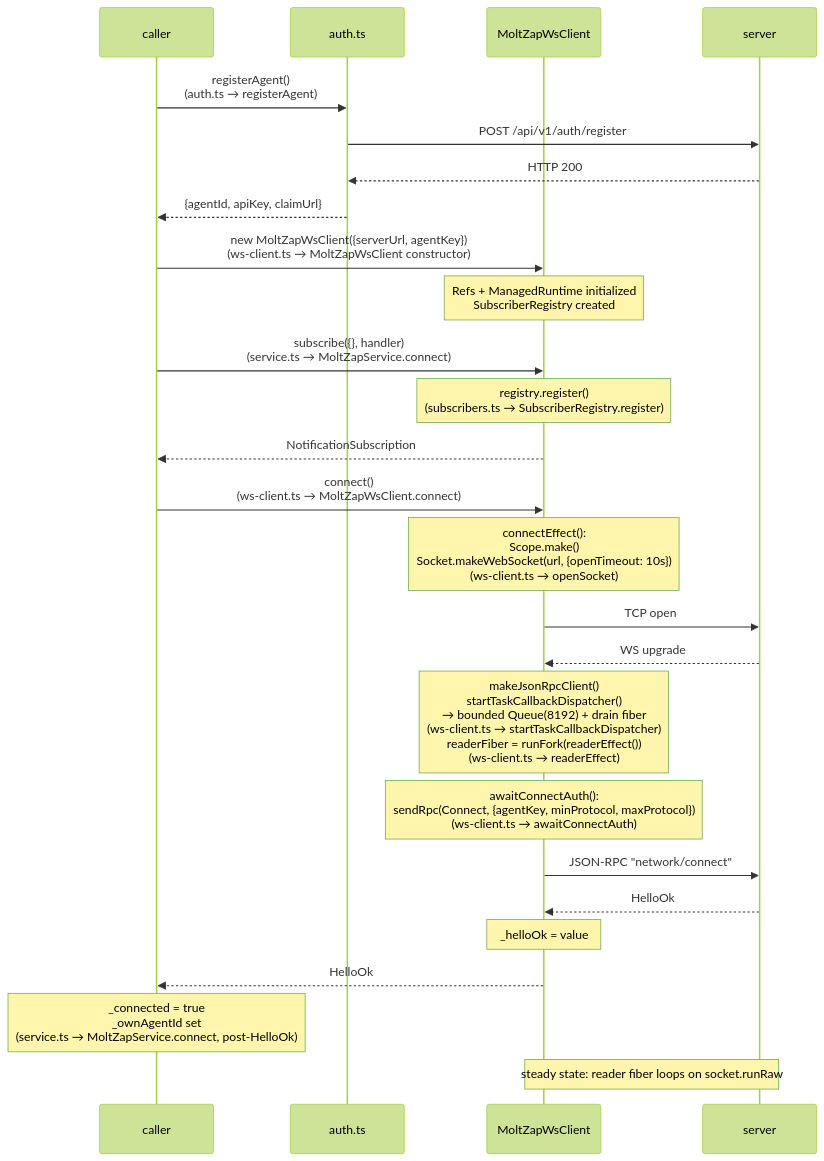
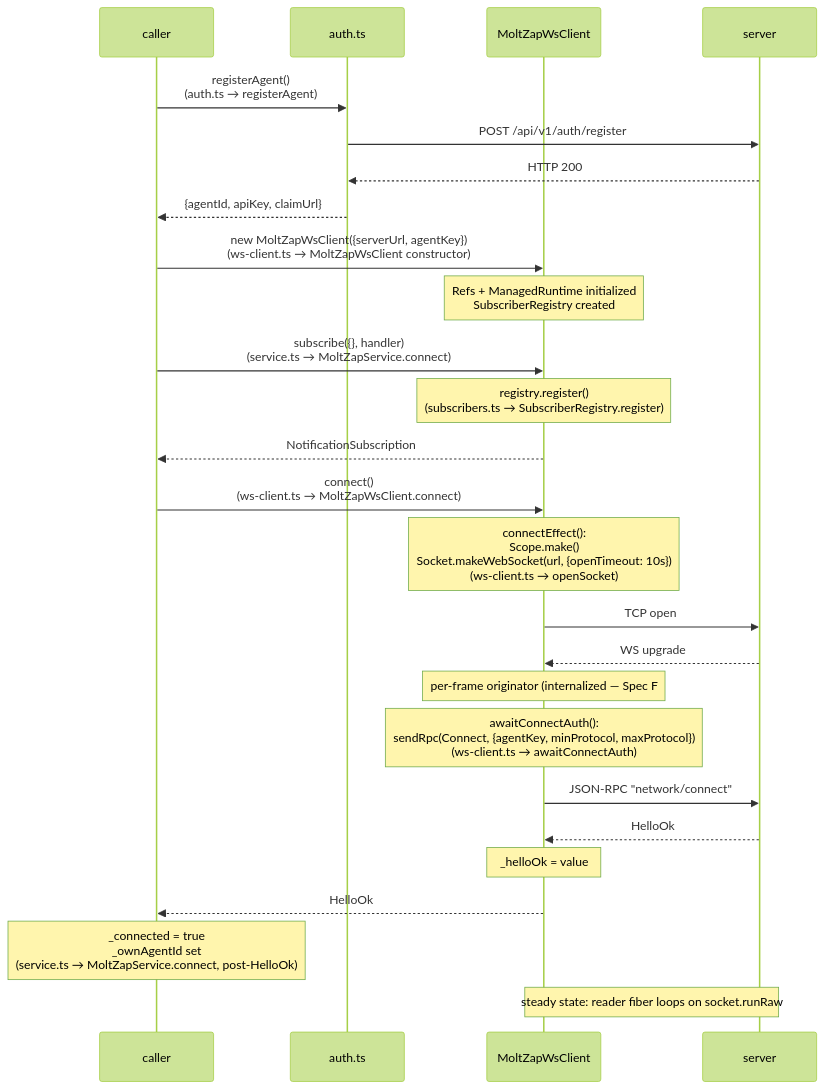
Before and after one commit to chughtapan/moltzap: the first of 2 diagrams in packages/client/docs/architecture/01-connection-lifecycle.md, drawn with Mermaid (forest theme). The commit also changed other lines of this file and 13 other files, not shown here.

First line of the commit message:
WIP(spec-F #617): typed-dispatcher infrastructure baseline + lint sweep

````diff
--- a/packages/client/docs/architecture/01-connection-lifecycle.md
+++ b/packages/client/docs/architecture/01-connection-lifecycle.md
@@ -9,34 +9,34 @@
 ```mermaid
 sequenceDiagram
     participant caller
     participant auth as auth.ts
     participant wsClient as MoltZapWsClient
     participant server
 
     caller->>auth: registerAgent()<br>(auth.ts → registerAgent)
     auth->>server: POST /api/v1/auth/register
     server-->>auth: HTTP 200
     auth-->>caller: {agentId, apiKey, claimUrl}
 
     caller->>wsClient: new MoltZapWsClient({serverUrl, agentKey})<br>(ws-client.ts → MoltZapWsClient constructor)
     Note over wsClient: Refs + ManagedRuntime initialized<br>SubscriberRegistry created
 
     caller->>wsClient: subscribe({}, handler)<br>(service.ts → MoltZapService.connect)
     Note over wsClient: registry.register()<br>(subscribers.ts → SubscriberRegistry.register)
     wsClient-->>caller: NotificationSubscription
 
     caller->>wsClient: connect()<br>(ws-client.ts → MoltZapWsClient.connect)
     Note over wsClient: connectEffect():<br>Scope.make()<br>Socket.makeWebSocket(url, {openTimeout: 10s})<br>(ws-client.ts → openSocket)
     wsClient->>server: TCP open
     server-->>wsClient: WS upgrade
-    Note over wsClient: makeJsonRpcClient()<br>startTaskCallbackDispatcher()<br>→ bounded Queue(8192) + drain fiber<br>(ws-client.ts → startTaskCallbackDispatcher)<br>readerFiber = runFork(readerEffect())<br>(ws-client.ts → readerEffect)
+    Note over wsClient: per-frame originator (internalized — Spec F #617)<br>startTaskCallbackDispatcher()<br>→ bounded Queue(8192) + drain fiber<br>(ws-client.ts → startTaskCallbackDispatcher)<br>readerFiber = runFork(readerEffect())<br>(ws-client.ts → readerEffect)
 
     Note over wsClient: awaitConnectAuth():<br>sendRpc(Connect, {agentKey, minProtocol, maxProtocol})<br>(ws-client.ts → awaitConnectAuth)
     wsClient->>server: JSON-RPC "network/connect"
     server-->>wsClient: HelloOk
     Note over wsClient: _helloOk = value
     wsClient-->>caller: HelloOk
     Note over caller: _connected = true<br>_ownAgentId set<br>(service.ts → MoltZapService.connect, post-HelloOk)
 
     Note over wsClient,server: steady state: reader fiber loops on socket.runRaw
 ```
````
